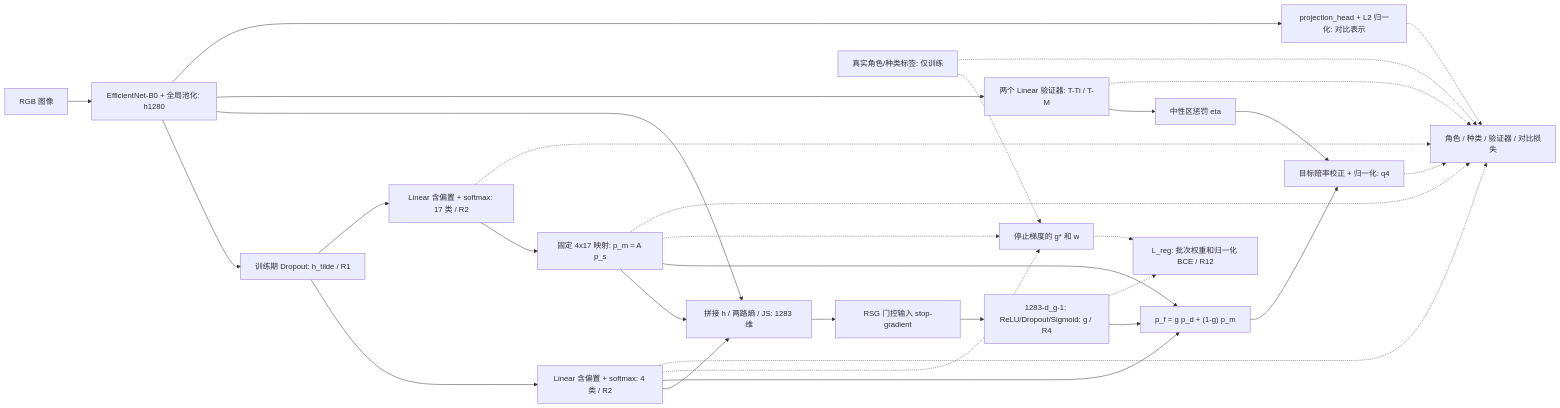
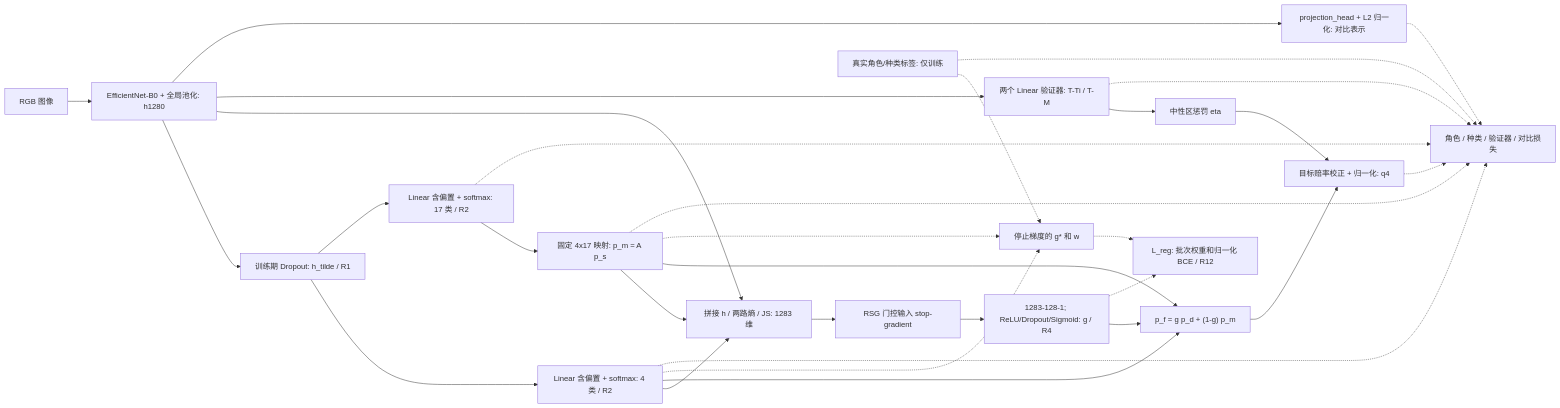
One commit to bobking88/4- changed the diagram in docs/paper_v1/manuscript_core_draft.md. Above: the diagram before and after it, drawn with Mermaid. The commit also changed other lines of this file and 8 other files, not shown here.

Commit message:
docs: add audited RSG configuration tables and formula-aligned diagram

````diff
--- a/docs/paper_v1/manuscript_core_draft.md
+++ b/docs/paper_v1/manuscript_core_draft.md
@@ -194,33 +198,33 @@
 ```mermaid
 flowchart LR
   X["RGB 图像"] --> H["EfficientNet-B0 + 全局池化: h1280"]
   H --> HD["训练期 Dropout: h_tilde / R1"]
   HD --> PD["Linear 含偏置 + softmax: 4 类 / R2"]
   HD --> PS["Linear 含偏置 + softmax: 17 类 / R2"]
   PS --> PM["固定 4x17 映射: p_m = A p_s"]
   H --> Z["拼接 h / 两路熵 / JS: 1283 维"]
   PD --> Z
   PM --> Z
   Z --> SG["RSG 门控输入 stop-gradient"]
-  SG --> G["1283-d_g-1; ReLU/Dropout/Sigmoid: g / R4"]
+  SG --> G["1283-128-1; ReLU/Dropout/Sigmoid: g / R4"]
   PD --> PF["p_f = g p_d + (1-g) p_m"]
   PM --> PF
   G --> PF
   H --> V["两个 Linear 验证器: T-Ti / T-M"]
   V --> ETA["中性区惩罚 eta"]
   PF --> Q["目标赔率校正 + 归一化: q4"]
   ETA --> Q
   Y["真实角色/种类标签: 仅训练"] -.-> O["停止梯度的 g* 和 w"]
   PD -.-> O
   PM -.-> O
   O -.-> LR["L_reg: 批次权重和归一化 BCE / R12"]
   G -.-> LR
   Y -.-> LT["角色 / 种类 / 验证器 / 对比损失"]
   H --> EMB["projection_head + L2 归一化: 对比表示"]
   PD -.-> LT
   PS -.-> LT
   PM -.-> LT
   V -.-> LT
   Q -.-> LT
   EMB -.-> LT
 ```
````
